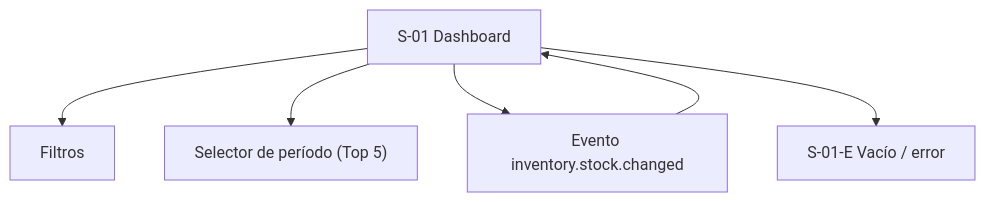
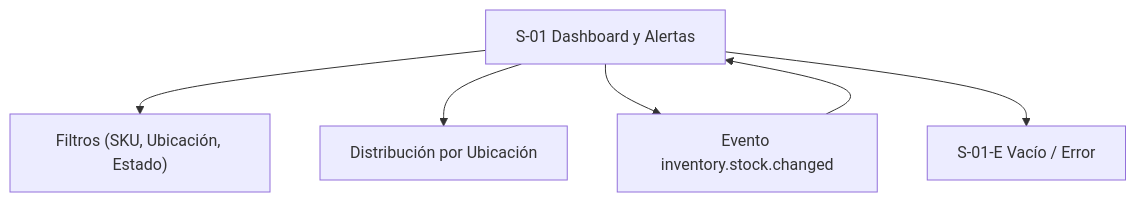
Before and after one commit to Taller-SW-Web/Productos-y-Ofertas-docs: the diagram in wireframes/flows/WF-016-dashboard-alertas-stock.md, drawn with Mermaid. The commit also changed other lines of this file and 13 other files, not shown here.

```diff
--- a/wireframes/flows/WF-016-dashboard-alertas-stock.md
+++ b/wireframes/flows/WF-016-dashboard-alertas-stock.md
@@ -221,8 +198,8 @@
 ~~~mermaid
 flowchart TD
-    A["S-01 Dashboard"] --> F["Filtros"]
-    A --> P["Selector de período (Top 5)"]
+    A["S-01 Dashboard y Alertas"] --> F["Filtros (SKU, Ubicación, Estado)"]
+    A --> U["Distribución por Ubicación"]
     A --> E["Evento inventory.stock.changed"]
     E --> A
-    A --> V["S-01-E Vacío / error"]
+    A --> V["S-01-E Vacío / Error"]
 ~~~
```
